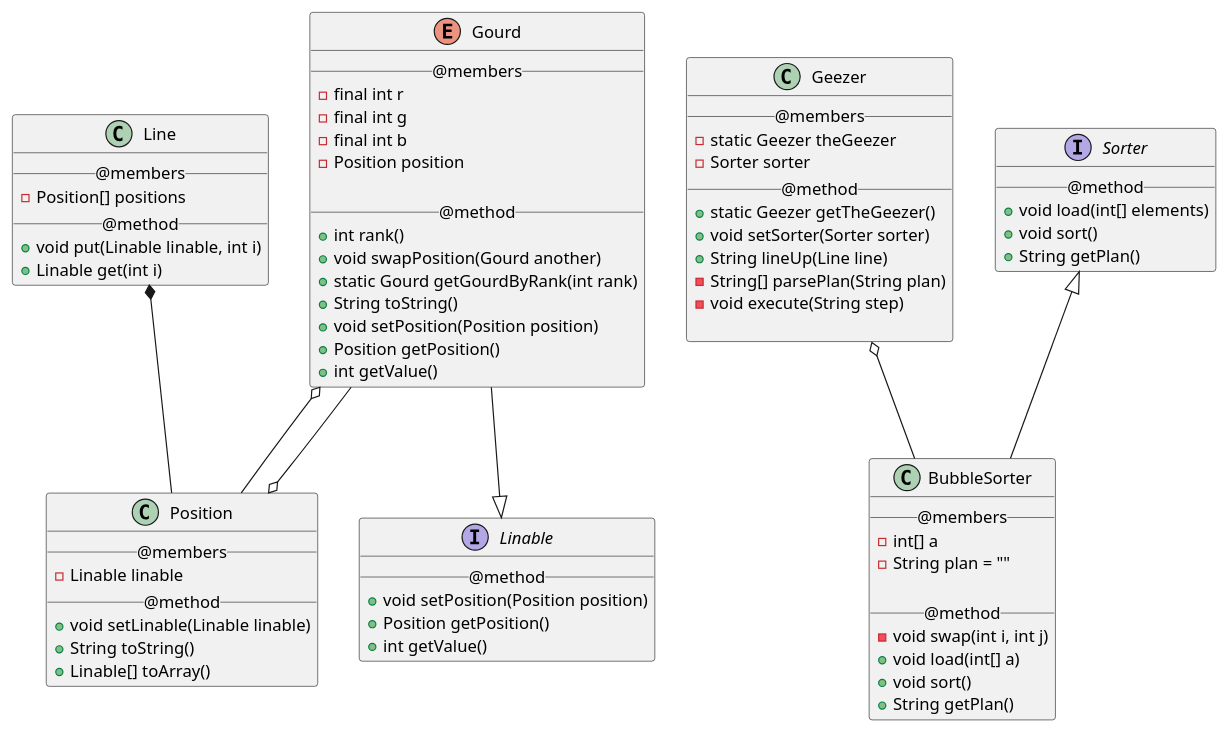
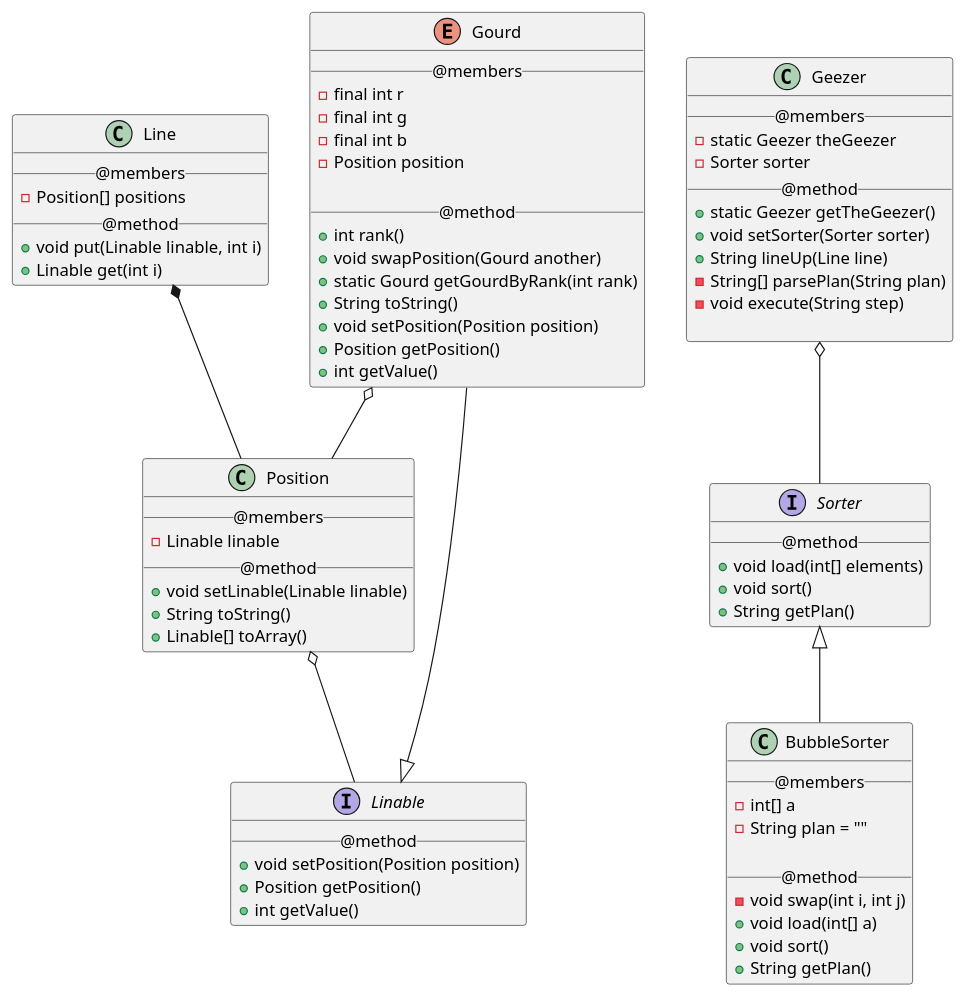
The diagram in S191220053/Task_one/Class.pu (jwork-2021-attic/jw02-EnxIII), drawn with PlantUML before and after one commit. The commit also changed 2 other files, not shown here.

Commit message:
uml class relation change

```diff
--- a/S191220053/Task_one/Class.pu
+++ b/S191220053/Task_one/Class.pu
@@ -1,89 +1,89 @@
 @startuml
 
 interface Linable{
     __ @method __
     +void setPosition(Position position)
     +Position getPosition()
     +int getValue()
 }
 
 
 class Line{
     __@members__
     -Position[] positions
     __@method__
     +void put(Linable linable, int i)
     +Linable get(int i)
 }
 
 
 class Position{
     __ @members __
     -Linable linable
     __@method__
     +void setLinable(Linable linable)
     +String toString()
     +Linable[] toArray()
 }
 
 enum Gourd {
     __@members__
     -final int r
     -final int g
     -final int b
     -Position position
 
     __ @method __
     +int rank()
     +void swapPosition(Gourd another)
     +static Gourd getGourdByRank(int rank)
     +String toString()
     +void setPosition(Position position)
     +Position getPosition()
     +int getValue()
 }
 
 class Geezer{
     __ @members__
     -static Geezer theGeezer
     -Sorter sorter
     __@method__
     +static Geezer getTheGeezer()
     +void setSorter(Sorter sorter)
     +String lineUp(Line line)
     -String[] parsePlan(String plan)
     -void execute(String step)
 
 }
 
 interface Sorter{
     __@method__
     +void load(int[] elements)
     +void sort()
     +String getPlan()
 }
 
 class BubbleSorter{
     __@members__
     -int[] a
     -String plan = ""
 
     __ @method __
     -void swap(int i, int j)
     +void load(int[] a)
     +void sort()
     +String getPlan()
 }
 
 Sorter <|-- BubbleSorter
-Geezer o-- BubbleSorter
-Position o-- Gourd
+Geezer o-- Sorter
+Position o-- Linable
 Gourd o-- Position
 Gourd --|> Linable
 Line *-- Position
 
 
 
 
 
 @enduml
```
